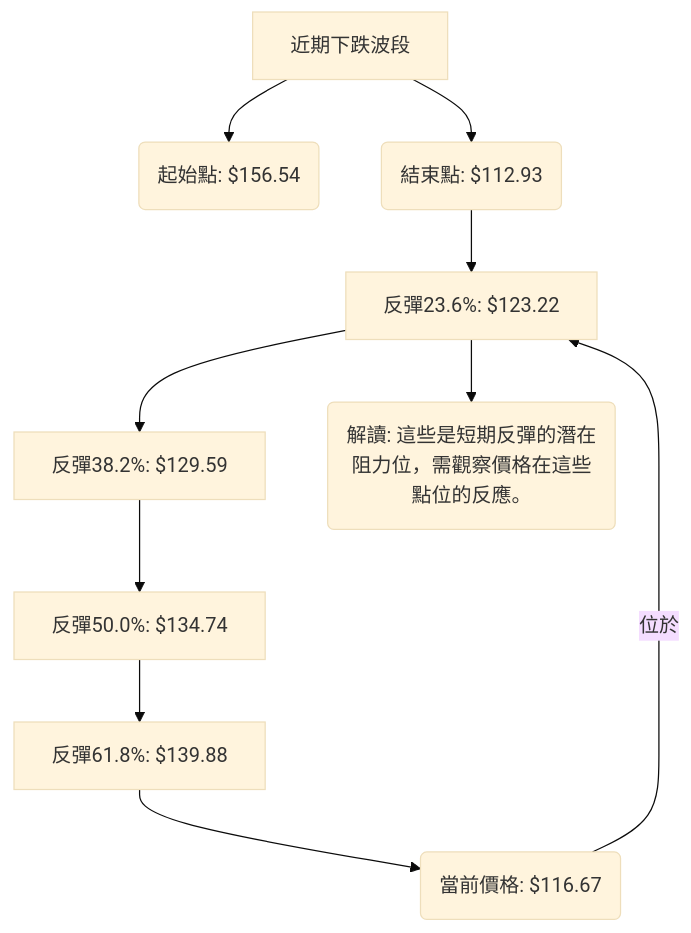
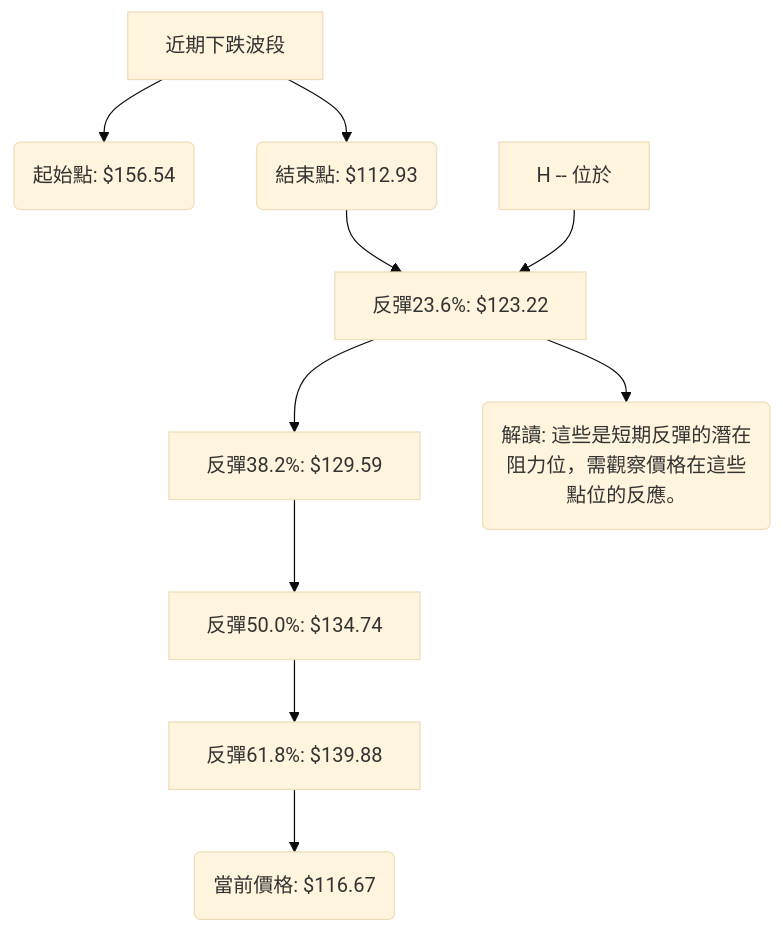
The sixth of 12 diagrams in ai_gen_report/stock/pltr/technical_analysis_2026-07-01_gemini.md (yennanliu/finance_data), drawn with Mermaid (base theme) before and after one commit. The commit also changed other lines of this file and 2258 other files, not shown here.

First line of the commit message:
chore: backfill Mermaid syntax repair across existing reports

````diff
--- a/ai_gen_report/stock/pltr/technical_analysis_2026-07-01_gemini.md
+++ b/ai_gen_report/stock/pltr/technical_analysis_2026-07-01_gemini.md
@@ -382,12 +382,12 @@
 ```mermaid
 graph TD
-    A[近期下跌波段] --> B(起始點: $156.54)
-    A --> C(結束點: $112.93)
-    C --> D[反彈23.6%: $123.22]
-    D --> E[反彈38.2%: $129.59]
-    E --> F[反彈50.0%: $134.74]
-    F --> G[反彈61.8%: $139.88]
-    G --> H(當前價格: $116.67)
-    H -- 位於 --> D
-    D --> I(解讀: 這些是短期反彈的潛在阻力位，需觀察價格在這些點位的反應。)
+    A["近期下跌波段"] --> B("起始點: $156.54")
+    A --> C("結束點: $112.93")
+    C --> D["反彈23.6%: $123.22"]
+    D --> E["反彈38.2%: $129.59"]
+    E --> F["反彈50.0%: $134.74"]
+    F --> G["反彈61.8%: $139.88"]
+    G --> H("當前價格: $116.67")
+    nb1["H -- 位於"] --> D
+    D --> I("解讀: 這些是短期反彈的潛在阻力位，需觀察價格在這些點位的反應。")
 ```
````
